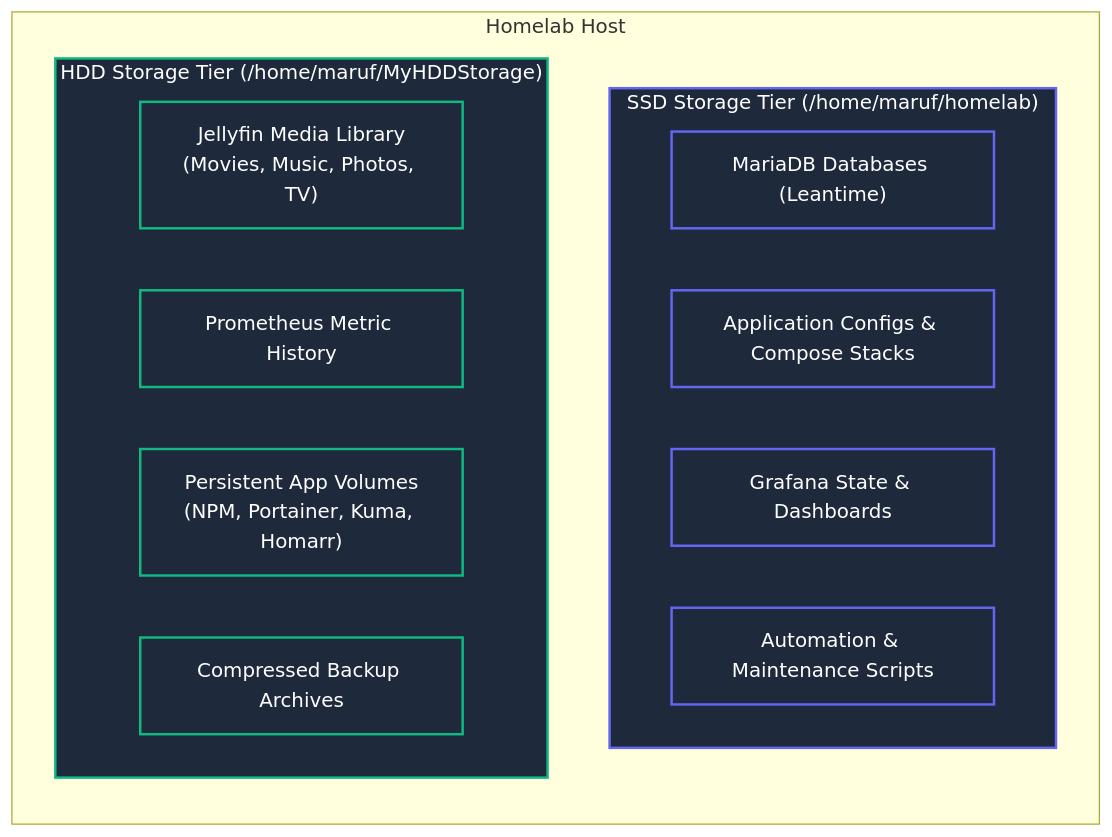
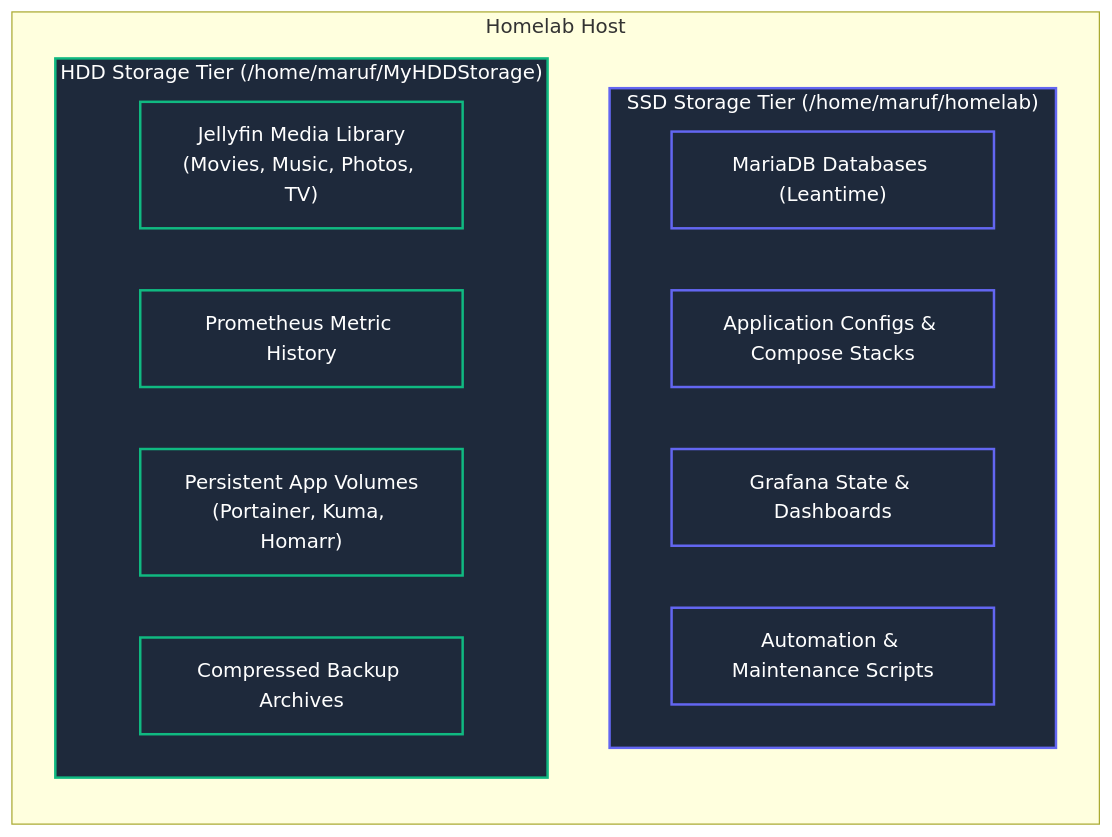
The second of 2 diagrams in HOMELAB_ARCHITECTURE_GUIDE.md (maruf-pfc/homelab), drawn with Mermaid before and after one commit. The commit also changed other lines of this file and 5 other files, not shown here.

Commit message:
refactor(arch): update topology diagrams to use Cloudflare Tunnels

````diff
--- a/HOMELAB_ARCHITECTURE_GUIDE.md
+++ b/HOMELAB_ARCHITECTURE_GUIDE.md
@@ -65,26 +65,26 @@
 ```mermaid
 flowchart LR
     subgraph HostServer["Homelab Host"]
         
         subgraph SSD["SSD Storage Tier (/home/maruf/homelab)"]
             SSD_DB["MariaDB Databases (Leantime)"]
             SSD_CFG["Application Configs & Compose Stacks"]
             SSD_GRAF["Grafana State & Dashboards"]
             SSD_SCRIPTS["Automation & Maintenance Scripts"]
         end
         
         subgraph HDD["HDD Storage Tier (/home/maruf/MyHDDStorage)"]
             HDD_MEDIA["Jellyfin Media Library\n(Movies, Music, Photos, TV)"]
             HDD_PROM["Prometheus Metric History"]
-            HDD_VOLS["Persistent App Volumes\n(NPM, Portainer, Kuma, Homarr)"]
+            HDD_VOLS["Persistent App Volumes\n(Portainer, Kuma, Homarr)"]
             HDD_BACKUP["Compressed Backup Archives"]
         end
         
     end
 
     classDef ssdStyle fill:#1e293b,stroke:#6366f1,stroke-width:2px,color:#fff;
     classDef hddStyle fill:#1e293b,stroke:#10b981,stroke-width:2px,color:#fff;
     
     class SSD,SSD_DB,SSD_CFG,SSD_GRAF,SSD_SCRIPTS ssdStyle;
     class HDD,HDD_MEDIA,HDD_PROM,HDD_VOLS,HDD_BACKUP hddStyle;
 ```
````
